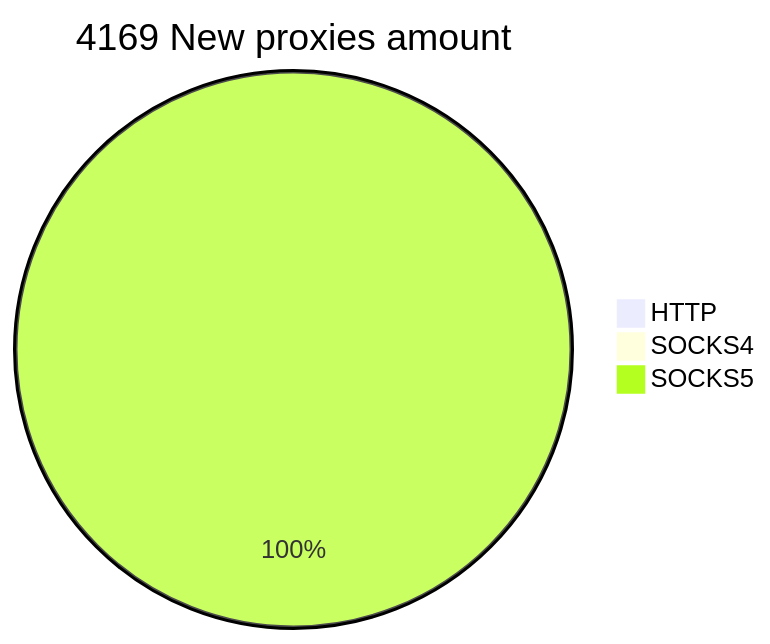
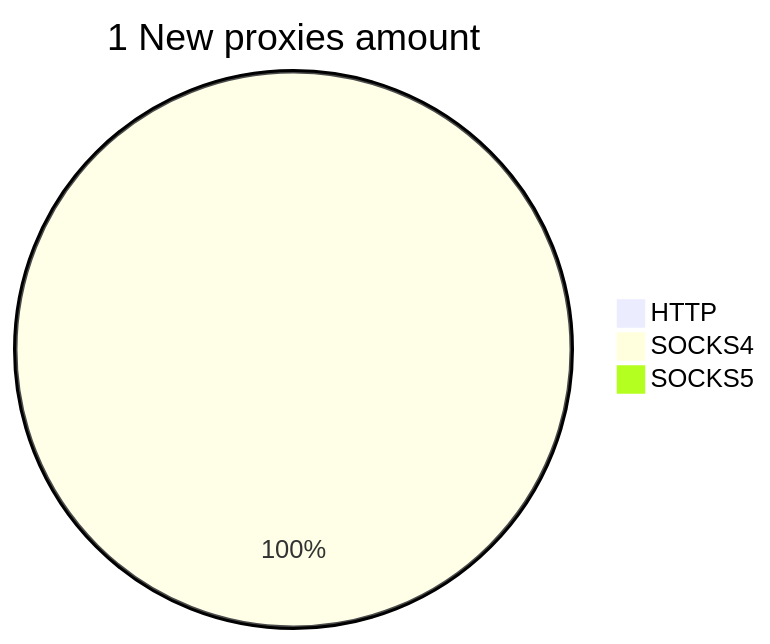
Before and after one commit to cutipu/proxylist: the second of 2 diagrams in README.md, drawn with Mermaid. The commit also changed other lines of this file, not shown here.

````diff
--- a/README.md
+++ b/README.md
@@ -10,6 +10,6 @@
 ```mermaid
-pie title 4169 New proxies amount
-    "HTTP" : 2
-    "SOCKS4" : 0
-    "SOCKS5" : 4167
+pie title 1 New proxies amount
+    "HTTP" : 0
+    "SOCKS4" : 1
+    "SOCKS5" : 0
 ```
````
